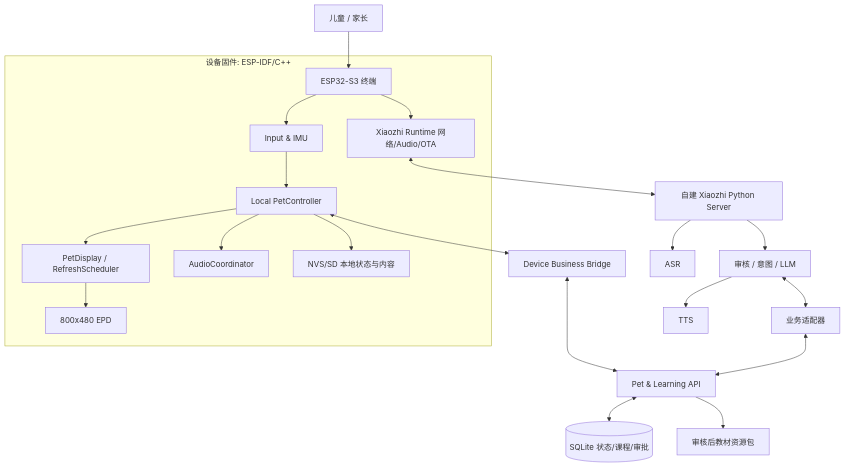
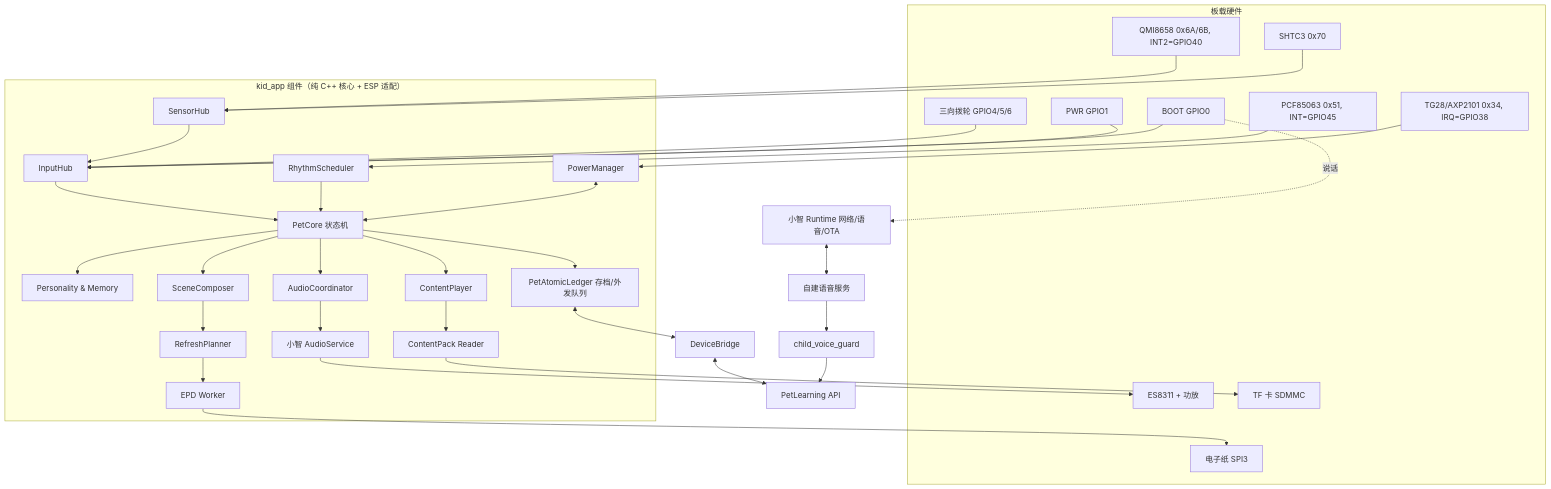
Before and after one commit to birdshao/xiaozhi-pet: the diagram in docs/ARCHITECTURE.md, drawn with Mermaid. The commit also changed other lines of this file and 6 other files, not shown here.

````diff
--- a/docs/ARCHITECTURE.md
+++ b/docs/ARCHITECTURE.md
@@ -9,23 +11,40 @@
 ```mermaid
 flowchart TB
-    Child[儿童 / 家长] --> HW[ESP32-S3 终端]
-    subgraph DEVICE[设备固件: ESP-IDF/C++]
-       HW --> Input[Input & IMU]
-       Input --> Pet[Local PetController]
-       Pet --> Scene[PetDisplay / RefreshScheduler]
-       Pet --> Audio[AudioCoordinator]
-       Pet --> Store[NVS/SD 本地状态与内容]
-       HW --> Xiaozhi[Xiaozhi Runtime 网络/Audio/OTA]
-       Scene --> EPD[800x480 EPD]
+    subgraph HW[板载硬件]
+      DIAL["三向拨轮 GPIO4/5/6"]
+      BOOT["BOOT GPIO0"]
+      PWR["PWR GPIO1"]
+      IMU["QMI8658 0x6A/6B, INT2=GPIO40"]
+      RTC["PCF85063 0x51, INT=GPIO45"]
+      ENV["SHTC3 0x70"]
+      PMU["TG28/AXP2101 0x34, IRQ=GPIO38"]
+      EPD["电子纸 SPI3"]
+      AUD["ES8311 + 功放"]
+      SD["TF 卡 SDMMC"]
     end
-    Xiaozhi <--> Voice[自建 Xiaozhi Python Server]
-    Voice --> ASR[ASR]
-    Voice --> Dialog[审核 / 意图 / LLM]
-    Dialog --> TTS[TTS]
-    Dialog <--> Adapter[业务适配器]
-    Pet <--> Bridge[Device Business Bridge]
-    Bridge <--> App[Pet & Learning API]
-    Adapter <--> App
-    App <--> DB[(SQLite 状态/课程/审批)]
-    App --> Content[审核后教材资源包]
+    subgraph KID[kid_app 组件（纯 C++ 核心 + ESP 适配）]
+      IN[InputHub] --> PET[PetCore 状态机]
+      SENS[SensorHub] --> IN
+      RHY[RhythmScheduler] --> PET
+      PWRM[PowerManager] <--> PET
+      PET --> MEM[Personality & Memory]
+      PET --> LED[PetAtomicLedger 存档/外发队列]
+      PET --> SCN[SceneComposer] --> RG[RefreshPlanner] --> EPDW[EPD Worker]
+      PET --> AC[AudioCoordinator] --> AOUT[小智 AudioService]
+      PET --> CP[ContentPlayer] --> PACK[ContentPack Reader]
+    end
+    DIAL --> IN
+    BOOT --> IN
+    PWR --> IN
+    IMU --> SENS
+    ENV --> SENS
+    RTC --> RHY
+    PMU --> PWRM
+    EPDW --> EPD
+    AOUT --> AUD
+    PACK --> SD
+    XZ["小智 Runtime 网络/语音/OTA"] <--> VOICE[自建语音服务]
+    BOOT -. 说话 .-> XZ
+    LED <--> BR[DeviceBridge] <--> API[PetLearning API]
+    VOICE --> GUARD[child_voice_guard] --> API
 ```
````
